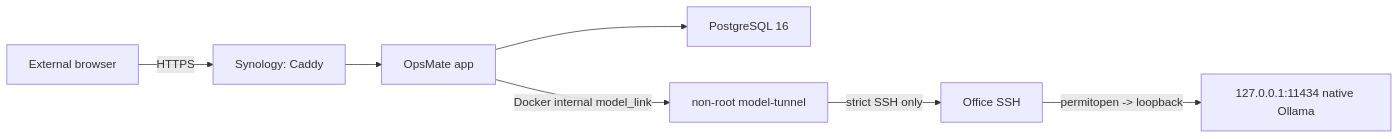
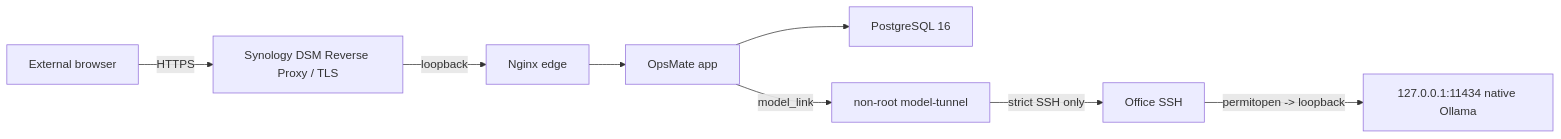
Before and after one commit to son1004007/engineering-career-portfolio: the diagram in 02_projects/opsmate-local/docs/SERVICE_RUNBOOK.md, drawn with Mermaid. The commit also changed other lines of this file, not shown here.

Commit message:
docs: align runbook with dsm reverse proxy and tunnel

````diff
--- a/02_projects/opsmate-local/docs/SERVICE_RUNBOOK.md
+++ b/02_projects/opsmate-local/docs/SERVICE_RUNBOOK.md
@@ -16,9 +16,10 @@
 ```mermaid
 flowchart LR
-    USER["External browser"] -->|"HTTPS"| EDGE["Synology: Caddy"]
+    USER["External browser"] -->|"HTTPS"| DSM["Synology DSM Reverse Proxy / TLS"]
+    DSM -->|"loopback"| EDGE["Nginx edge"]
     EDGE --> APP["OpsMate app"]
     APP --> DB["PostgreSQL 16"]
-    APP -->|"Docker internal model_link"| TUNNEL["non-root model-tunnel"]
+    APP -->|"model_link"| TUNNEL["non-root model-tunnel"]
     TUNNEL -->|"strict SSH only"| OFFICE["Office SSH"]
     OFFICE -->|"permitopen -> loopback"| OLLAMA["127.0.0.1:11434 native Ollama"]
 ```
````
